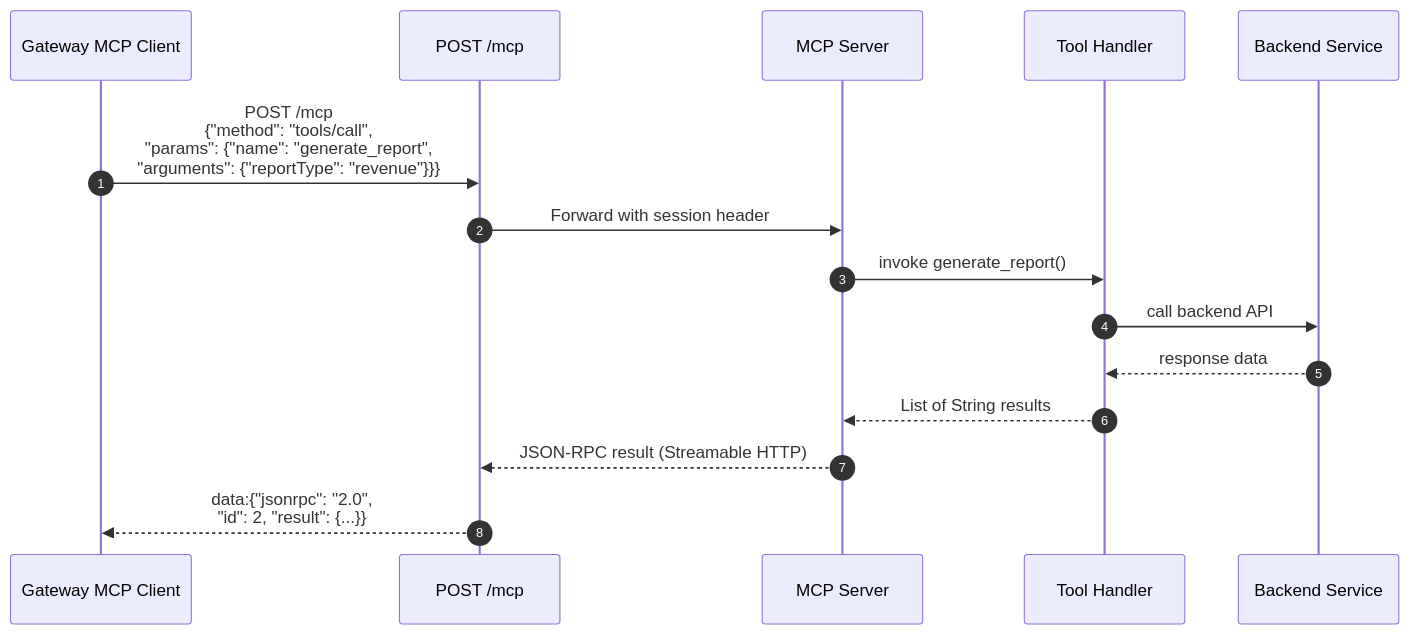
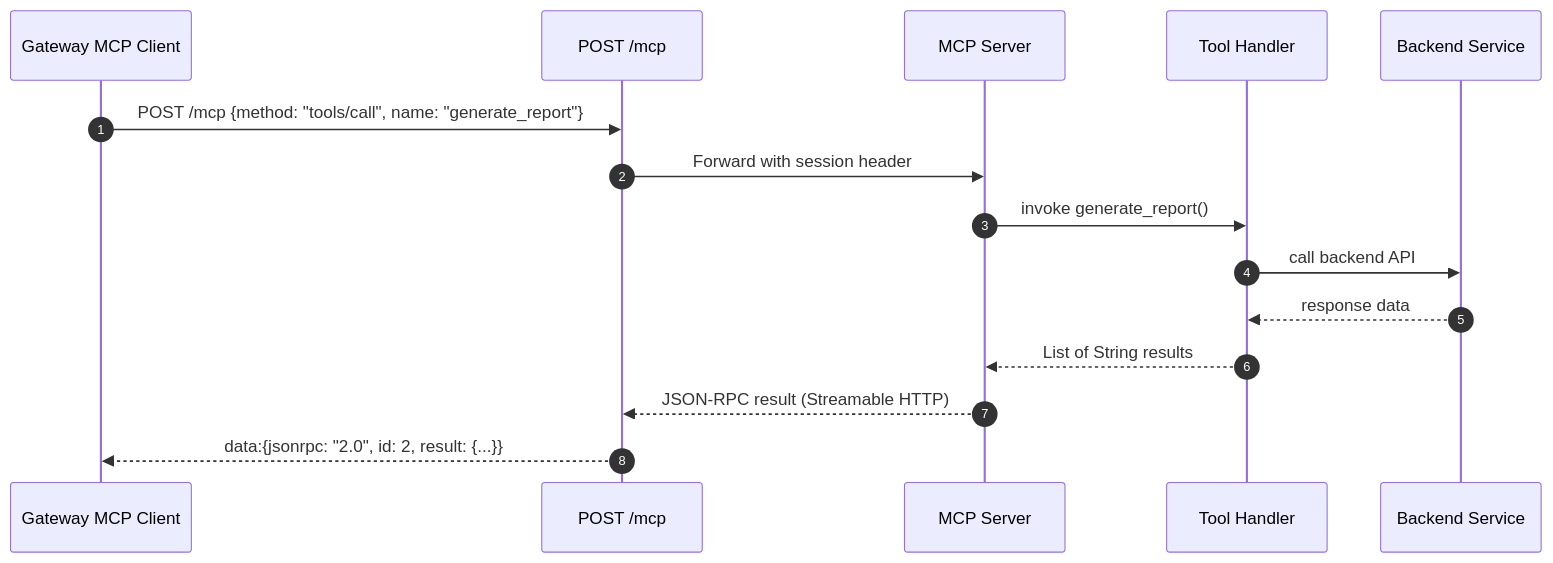
Diagram 12 of 16 in docs/ARCHITECTURE_V2.md (rajashashankmuppirala/mcp-poc), drawn with Mermaid before and after one commit. The commit also changed other lines of this file, not shown here.

````diff
--- a/docs/ARCHITECTURE_V2.md
+++ b/docs/ARCHITECTURE_V2.md
@@ -565,18 +591,18 @@
 ```mermaid
 sequenceDiagram
     autonumber
     participant Client as Gateway MCP Client
     participant Transport as POST /mcp
     participant Server as MCP Server
     participant Tool as Tool Handler
     participant Backend as Backend Service
 
-    Client->>Transport: POST /mcp<br/>{"method": "tools/call",<br/>"params": {"name": "generate_report",<br/>"arguments": {"reportType": "revenue"}}}
+    Client->>Transport: POST /mcp {method: "tools/call", name: "generate_report"}
     Transport->>Server: Forward with session header
     Server->>Tool: invoke generate_report()
     Tool->>Backend: call backend API
     Backend-->>Tool: response data
     Tool-->>Server: List of String results
     Server-->>Transport: JSON-RPC result (Streamable HTTP)
-    Transport-->>Client: data:{"jsonrpc": "2.0",<br/>"id": 2, "result": {...}}
+    Transport-->>Client: data:{jsonrpc: "2.0", id: 2, result: {...}}
 ```
````
